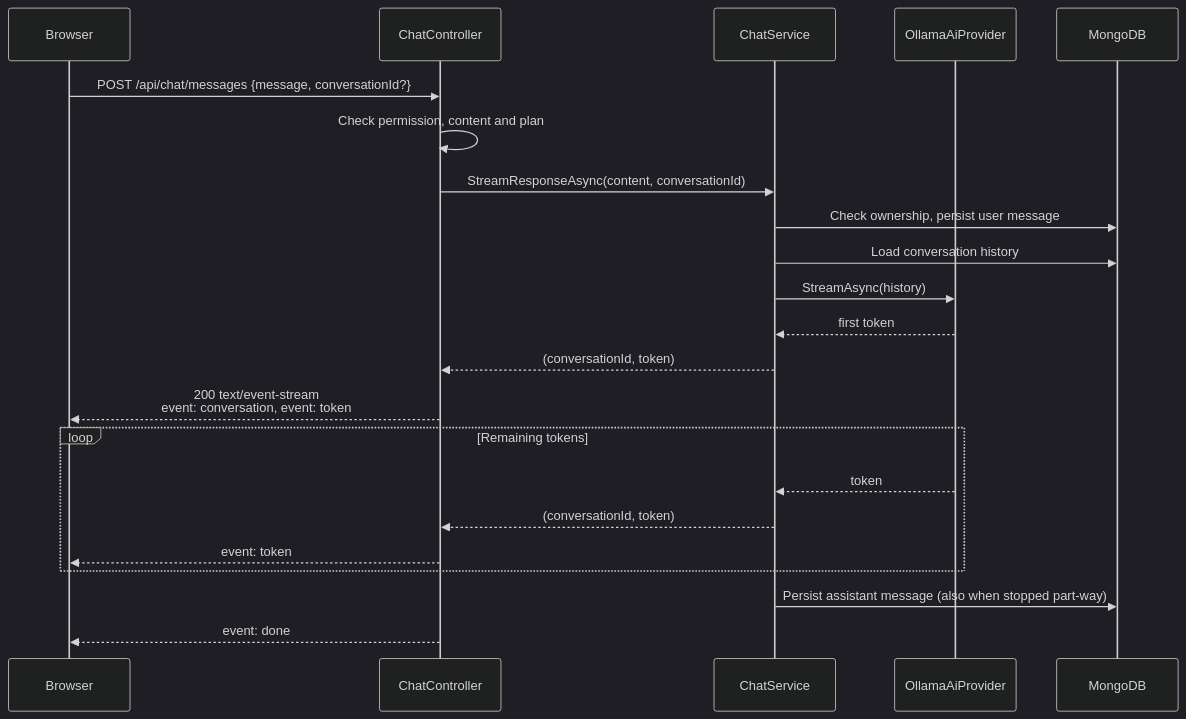
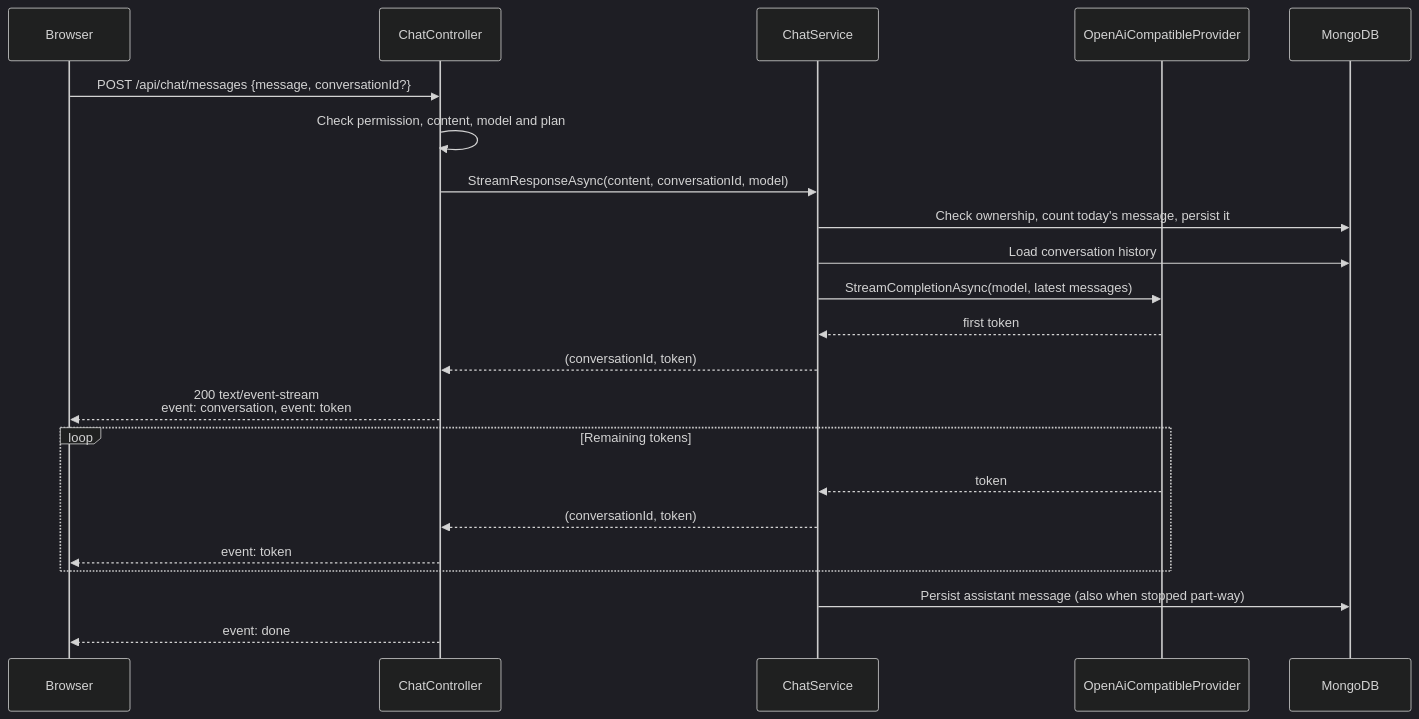
Before and after one commit to asifarshadullah/chatapp: the second of 2 diagrams in README.md, drawn with Mermaid (dark theme). The commit also changed other lines of this file and 1 other file, not shown here.

````diff
--- a/README.md
+++ b/README.md
@@ -77,25 +79,25 @@
 ```mermaid
 sequenceDiagram
     participant Browser
     participant Api as ChatController
     participant Svc as ChatService
-    participant Ollama as OllamaAiProvider
+    participant Model as OpenAiCompatibleProvider
     participant Mongo as MongoDB
 
     Browser->>Api: POST /api/chat/messages {message, conversationId?}
-    Api->>Api: Check permission, content and plan
-    Api->>Svc: StreamResponseAsync(content, conversationId)
-    Svc->>Mongo: Check ownership, persist user message
+    Api->>Api: Check permission, content, model and plan
+    Api->>Svc: StreamResponseAsync(content, conversationId, model)
+    Svc->>Mongo: Check ownership, count today's message, persist it
     Svc->>Mongo: Load conversation history
-    Svc->>Ollama: StreamAsync(history)
-    Ollama-->>Svc: first token
+    Svc->>Model: StreamCompletionAsync(model, latest messages)
+    Model-->>Svc: first token
     Svc-->>Api: (conversationId, token)
     Api-->>Browser: 200 text/event-stream<br/>event: conversation, event: token
     loop Remaining tokens
-        Ollama-->>Svc: token
+        Model-->>Svc: token
         Svc-->>Api: (conversationId, token)
         Api-->>Browser: event: token
     end
     Svc->>Mongo: Persist assistant message (also when stopped part-way)
     Api-->>Browser: event: done
 ```
````
